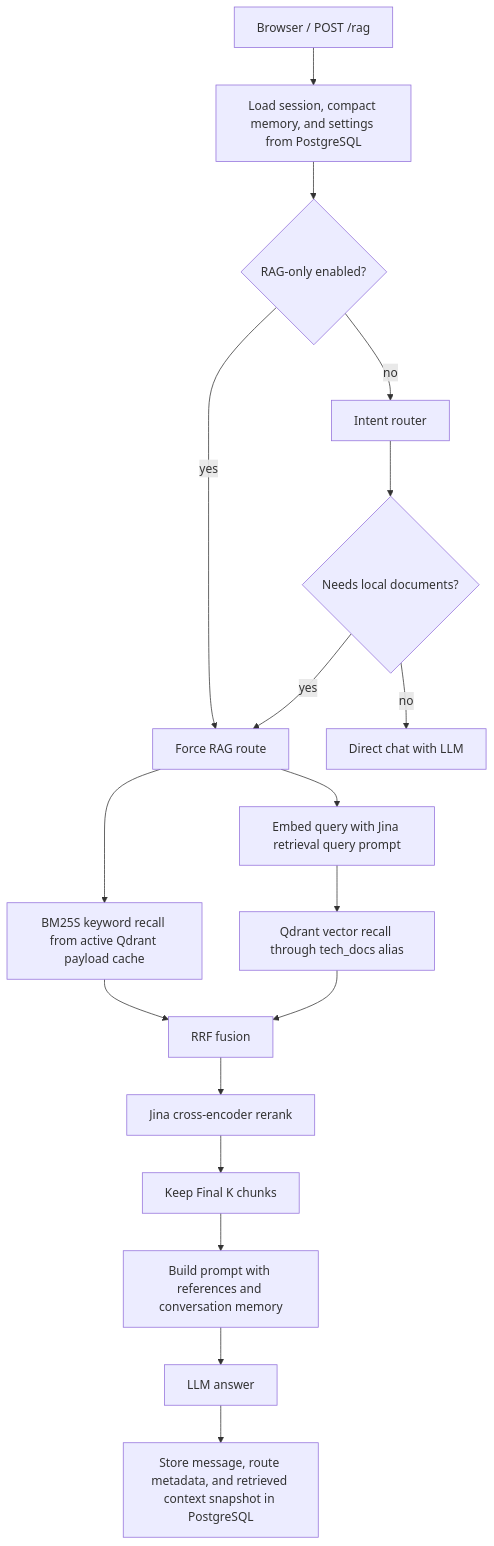
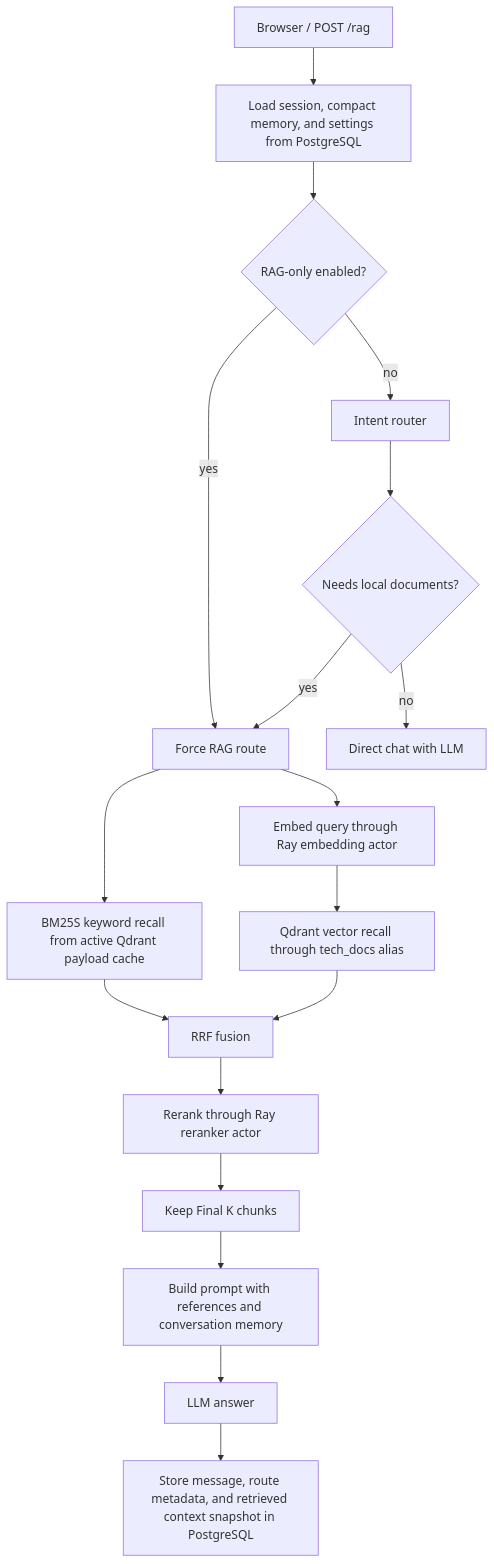
Before and after one commit to XingjiaYang/Knowledge-Base-Assistant: the third of 4 diagrams in readme.md, drawn with Mermaid. The commit also changed other lines of this file and 16 other files, not shown here.

Commit message:
Add Ray model worker architecture

````diff
--- a/readme.md
+++ b/readme.md
@@ -578,20 +642,20 @@
 ```mermaid
 flowchart TD
     A["Browser / POST /rag"] --> B["Load session, compact memory, and settings from PostgreSQL"]
     B --> C{"RAG-only enabled?"}
     C -- "yes" --> F["Force RAG route"]
     C -- "no" --> D["Intent router"]
     D --> E{"Needs local documents?"}
     E -- "no" --> Z["Direct chat with LLM"]
     E -- "yes" --> F
-    F --> G["Embed query with Jina retrieval query prompt"]
+    F --> G["Embed query through Ray embedding actor"]
     F --> H["BM25S keyword recall from active Qdrant payload cache"]
     G --> I["Qdrant vector recall through tech_docs alias"]
     H --> J["RRF fusion"]
     I --> J
-    J --> K["Jina cross-encoder rerank"]
+    J --> K["Rerank through Ray reranker actor"]
     K --> L["Keep Final K chunks"]
     L --> M["Build prompt with references and conversation memory"]
     M --> N["LLM answer"]
     N --> O["Store message, route metadata, and retrieved context snapshot in PostgreSQL"]
 ```
````
